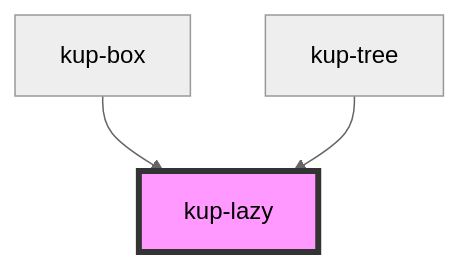
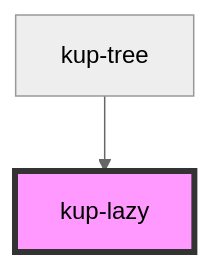
The diagram in packages/ketchup/src/components/kup-lazy/readme.md (smeup/ketchup), drawn with Mermaid (neutral theme) before and after one commit. The commit also changed other lines of this file and 5 other files, not shown here.

Commit message:
Box classes top aligned and bottom aligned. Removed kup-lazy from box.

````diff
--- a/packages/ketchup/src/components/kup-lazy/readme.md
+++ b/packages/ketchup/src/components/kup-lazy/readme.md
@@ -39,6 +38,5 @@
 ```mermaid
 graph TD;
-  kup-box --> kup-lazy
   kup-tree --> kup-lazy
   style kup-lazy fill:#f9f,stroke:#333,stroke-width:4px
 ```
````
